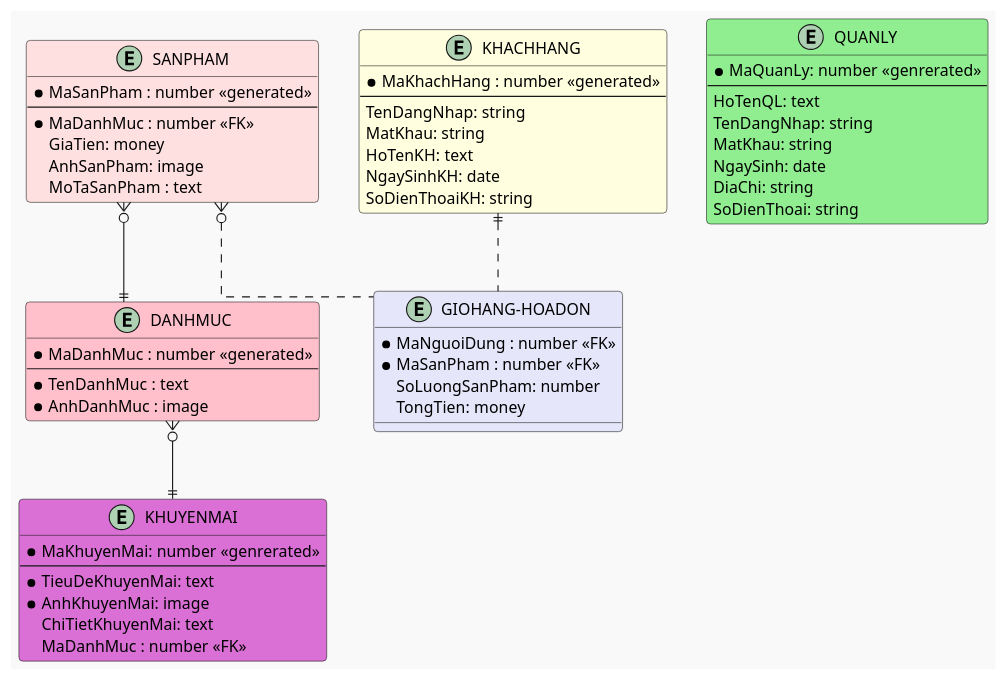
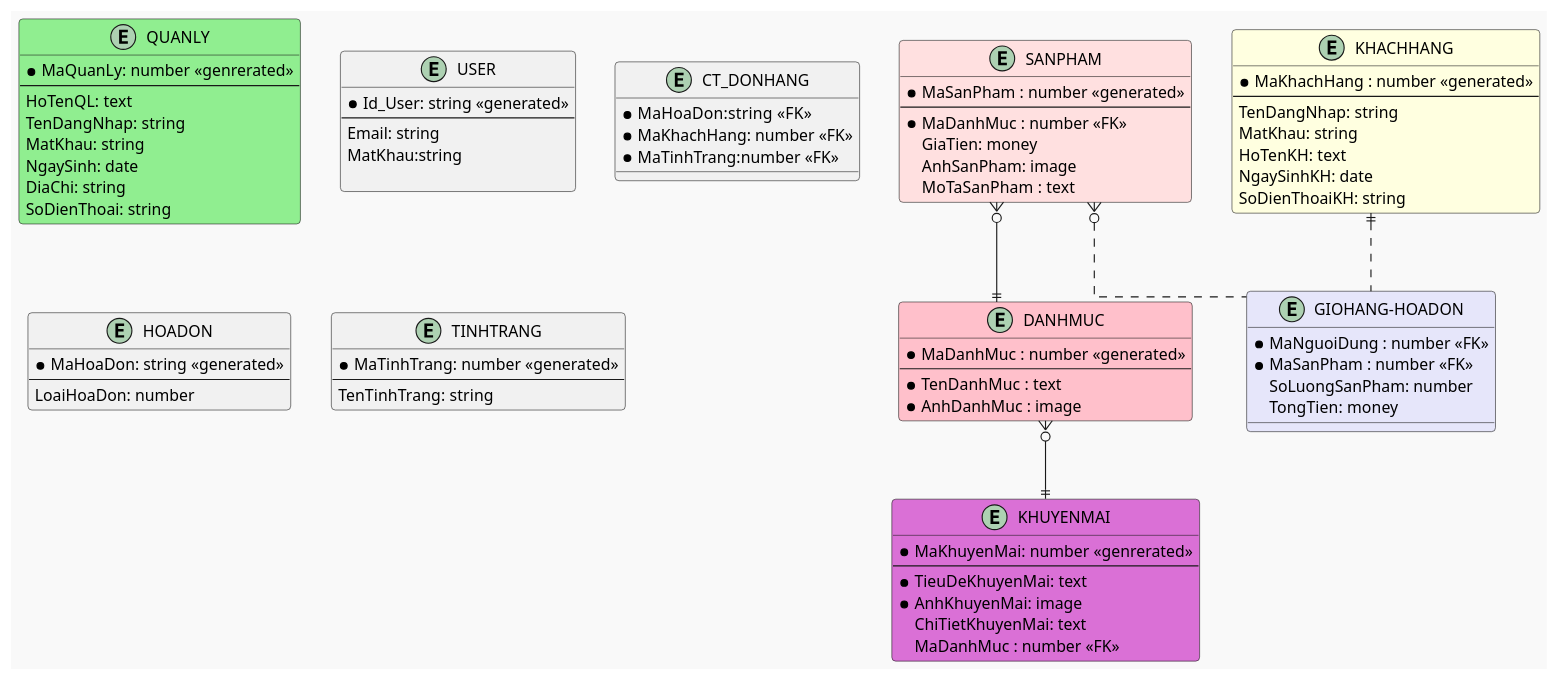
Before and after one commit to HoaiNhu/DoAn_1: the diagram in DataBase.puml, drawn with PlantUML.

```diff
--- a/DataBase.puml
+++ b/DataBase.puml
@@ -1,71 +1,101 @@
 @startuml
 !theme mars
 ' hide the spot
 ' hide circle
 ' avoid problems with angled crows feet
 skinparam linetype ortho
 entity "DANHMUC" #Pink {
 *MaDanhMuc : number <<generated>>
 --
 *TenDanhMuc : text
 *AnhDanhMuc : image
 }
 
 entity "SANPHAM" #Implementation  {
 *MaSanPham : number <<generated>> 
 --
 *MaDanhMuc : number <<FK>>
 GiaTien: money
 AnhSanPham: image
 MoTaSanPham : text
 }
 
 entity "KHUYENMAI" #Orchid{
 *MaKhuyenMai: number <<genrerated>>
 --
 *TieuDeKhuyenMai: text
 *AnhKhuyenMai: image
 ChiTietKhuyenMai: text
 MaDanhMuc : number <<FK>>
 }
 
 entity "GIOHANG-HOADON" #Lavender {
 *MaNguoiDung : number <<FK>>
 *MaSanPham : number <<FK>>
 SoLuongSanPham: number
 TongTien: money
 }
 
 
 entity "KHACHHANG" #LightYellow {
 *MaKhachHang : number <<generated>>
 --
 TenDangNhap: string
 MatKhau: string
 HoTenKH: text
 NgaySinhKH: date
 SoDienThoaiKH: string
 }
 
 
 
 
 entity "QUANLY" #LightGreen {
 *MaQuanLy: number <<genrerated>>
 --
 HoTenQL: text
 TenDangNhap: string
 MatKhau: string
 NgaySinh: date
 DiaChi: string
 SoDienThoai: string
 }
 
 
 
 
 SANPHAM }o--|| DANHMUC
 SANPHAM }o.."GIOHANG-HOADON"
 KHACHHANG ||.."GIOHANG-HOADON"
 DANHMUC }o--|| KHUYENMAI
+
+/'Nhu---------------------------------------------------------------'/
+
+entity "USER" as Login{
+*Id_User: string <<generated>>
+--
+Email: string
+MatKhau:string
+
+}
+
+entity "CT_DONHANG" as HanhTrinhDonHang{
+*MaHoaDon:string  <<FK>>
+*MaKhachHang: number <<FK>>
+*MaTinhTrang:number <<FK>>
+}
+
+entity "HOADON" {
+*MaHoaDon: string <<generated>>
+--
+LoaiHoaDon: number
+}
+
+entity "TINHTRANG"{
+*MaTinhTrang: number <<generated>>
+--
+TenTinhTrang: string
+}
+
+
 @enduml
```
